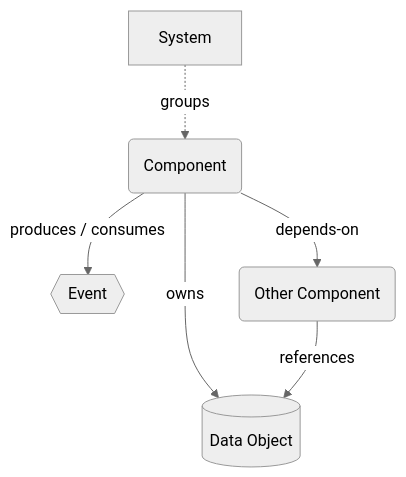
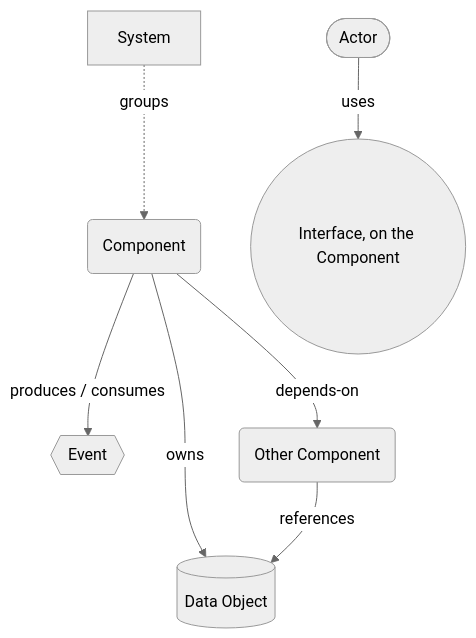
The first of 7 diagrams in contour.md (mykhailo-kulish/contour), drawn with Mermaid (neutral theme) before and after one commit. The commit also changed other lines of this file and 20 other files, not shown here.

````diff
--- a/contour.md
+++ b/contour.md
@@ -261,8 +300,9 @@
 ```mermaid
 graph TD
     Y[System] -.->|groups| Sys(Component)
+    A([Actor]) -->|uses| I((Interface, on the Component))
     Sys -->|produces / consumes| E{{Event}}
     Sys -->|owns| D[(Data Object)]
     Other(Other Component) -->|references| D
     Sys -->|depends-on| Other
 ```
````
